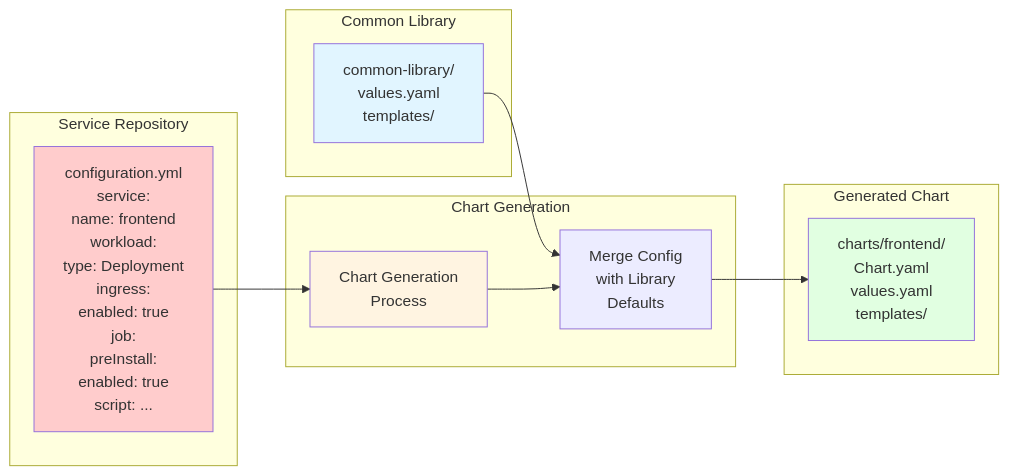
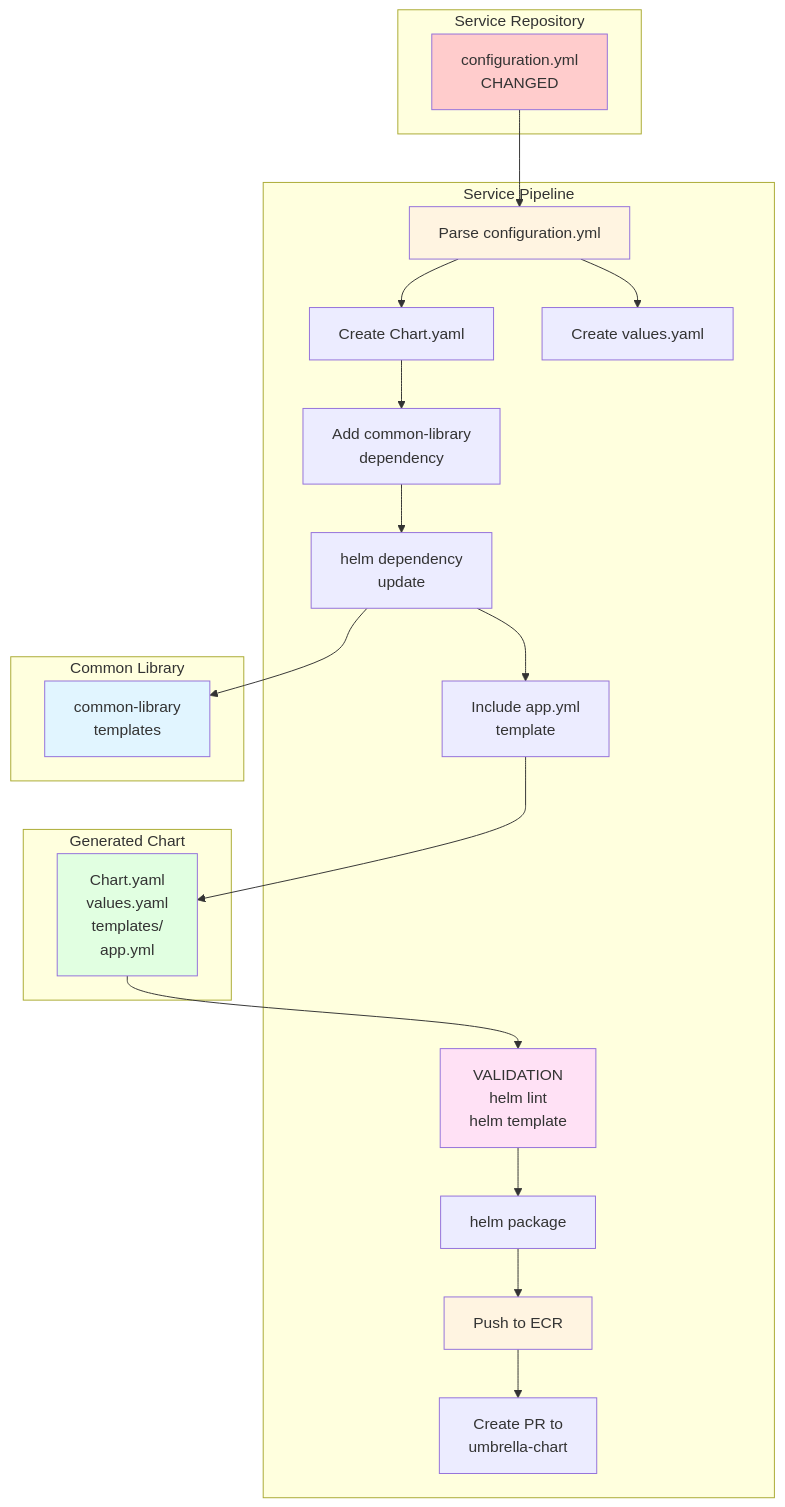
Before and after one commit to caretak3r/helm-factory: the third of 11 diagrams in ADR.md, drawn with Mermaid. The commit also changed other lines of this file, not shown here.

````diff
--- a/ADR.md
+++ b/ADR.md
@@ -293,29 +297,47 @@
 ```mermaid
-graph LR
+graph TB
     subgraph "Service Repository"
-        CFG[configuration.yml<br/>service:<br/>  name: frontend<br/>workload:<br/>  type: Deployment<br/>ingress:<br/>  enabled: true<br/>job:<br/>  preInstall:<br/>    enabled: true<br/>    script: ...]
+        CFG[configuration.yml<br/>CHANGED]
     end
     
-    subgraph "Chart Generation"
-        GEN[Chart Generation<br/>Process]
-        MERGE[Merge Config<br/>with Library<br/>Defaults]
+    subgraph "Service Pipeline"
+        PARSE[Parse configuration.yml]
+        CREATE_CHART[Create Chart.yaml]
+        CREATE_VALUES[Create values.yaml]
+        ADD_DEP[Add common-library<br/>dependency]
+        DEP_UPDATE[helm dependency<br/>update]
+        INCLUDE_TEMPLATE[Include app.yml<br/>template]
+        VALIDATE[VALIDATION<br/>helm lint<br/>helm template]
+        PACKAGE[helm package]
+        PUSH_ECR[Push to ECR]
+        CREATE_PR[Create PR to<br/>umbrella-chart]
     end
     
     subgraph "Common Library"
-        LIB[common-library/<br/>values.yaml<br/>templates/]
+        LIB[common-library<br/>templates]
     end
     
     subgraph "Generated Chart"
-        CHART[charts/frontend/<br/>Chart.yaml<br/>values.yaml<br/>templates/]
+        CHART[Chart.yaml<br/>values.yaml<br/>templates/<br/>app.yml]
     end
     
-    CFG --> GEN
-    LIB --> MERGE
-    GEN --> MERGE
-    MERGE --> CHART
+    CFG --> PARSE
+    PARSE --> CREATE_CHART
+    PARSE --> CREATE_VALUES
+    CREATE_CHART --> ADD_DEP
+    ADD_DEP --> DEP_UPDATE
+    DEP_UPDATE --> LIB
+    DEP_UPDATE --> INCLUDE_TEMPLATE
+    INCLUDE_TEMPLATE --> CHART
+    CHART --> VALIDATE
+    VALIDATE --> PACKAGE
+    PACKAGE --> PUSH_ECR
+    PUSH_ECR --> CREATE_PR
     
     style CFG fill:#ffcccc
-    style GEN fill:#fff4e1
+    style PARSE fill:#fff4e1
+    style VALIDATE fill:#ffe1f5
     style LIB fill:#e1f5ff
     style CHART fill:#e1ffe1
+    style PUSH_ECR fill:#fff4e1
 ```
````
